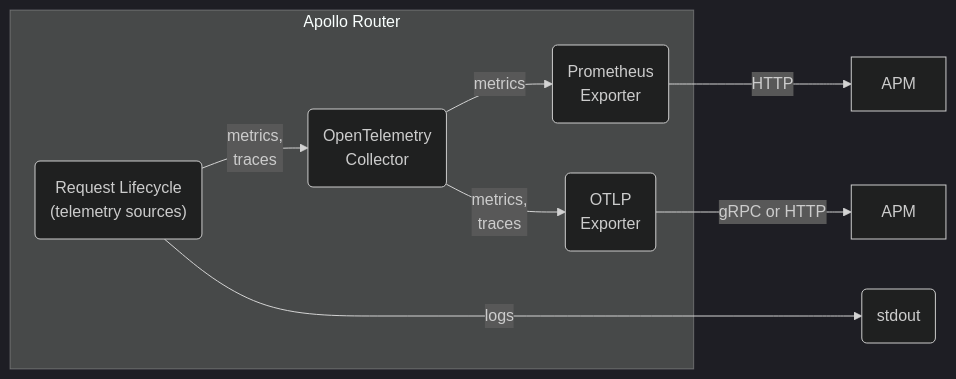
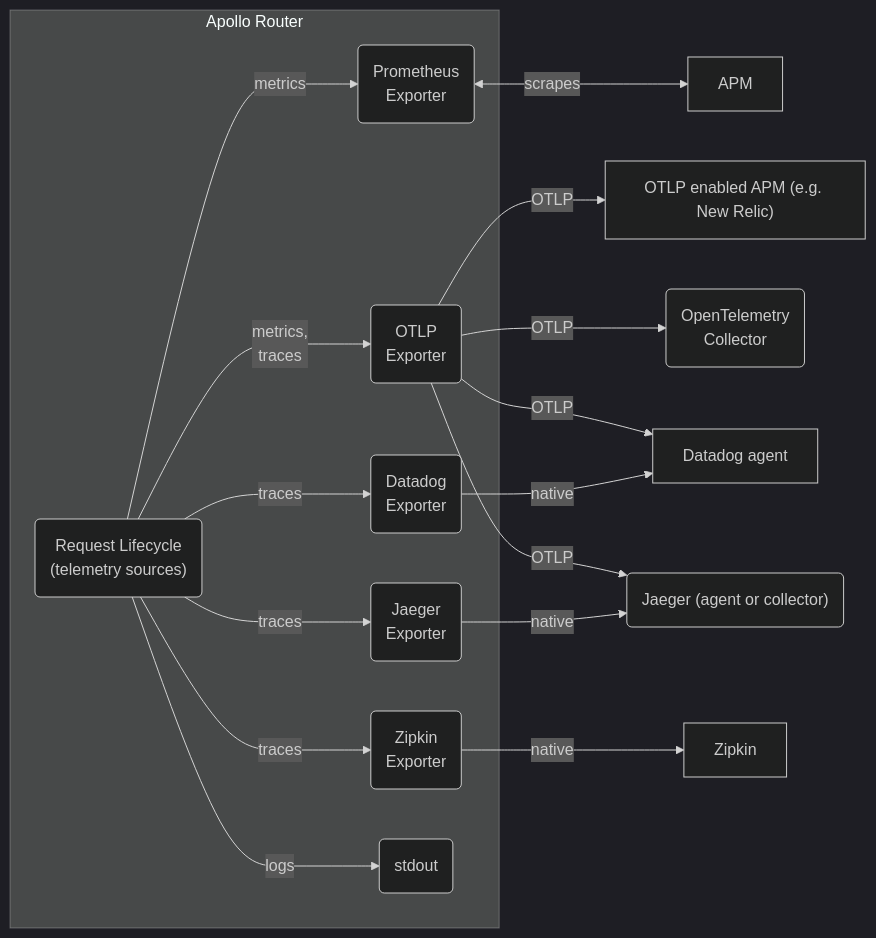
Before and after one commit to apollographql/router: the diagram in docs/source/configuration/telemetry/overview.mdx, drawn with Mermaid (dark theme).

Commit message:
Flowchart updated

````diff
--- a/docs/source/configuration/telemetry/overview.mdx
+++ b/docs/source/configuration/telemetry/overview.mdx
@@ -12,19 +12,38 @@
 ```mermaid
 flowchart LR
     subgraph Apollo Router
     lifecycle("Request Lifecycle<br/>(telemetry sources)")
-    collector("OpenTelemetry<br/>Collector")
-    prometheus(Prometheus<br/>Exporter)
-    otlp("OTLP<br/>Exporter")
-    lifecycle--"metrics,<br/>traces"-->collector
-    collector--"metrics"-->prometheus
-    collector--"metrics,<br/>traces"-->otlp
+    
+    prometheus_exporter(Prometheus<br/>Exporter)
+    otlp_exporter("OTLP<br/>Exporter")
+    datadog_exporter("Datadog<br/>Exporter")
+    jaeger_exporter("Jaeger<br/>Exporter")
+    zipkin_exporter("Zipkin<br/>Exporter")
+    terminal(stdout)
+    
+    lifecycle--"metrics"--->prometheus_exporter
+    lifecycle--"metrics,<br/>traces"--->otlp_exporter
+    lifecycle--"traces"--->zipkin_exporter
+    lifecycle--"traces"--->jaeger_exporter
+    lifecycle--"traces"--->datadog_exporter
+    lifecycle--"logs"--->terminal
     end
 
+    otlp_apm["OTLP enabled APM (e.g. New Relic)"]
+    zipkin[Zipkin]
+    datadog[Datadog agent]
     apm1[APM]
-    apm2[APM]
-    terminal(stdout)
-    prometheus--"HTTP"-->apm1
-    otlp--"gRPC or HTTP"-->apm2
-    lifecycle--"logs"---->terminal
+    collector("OpenTelemetry<br/>Collector")
+    jaeger("Jaeger (agent or collector)")
+
+    
+    otlp_exporter--"OTLP"-->otlp_apm
+    otlp_exporter--"OTLP"-->collector
+    otlp_exporter--"OTLP"-->datadog
+    otlp_exporter--"OTLP"-->jaeger
+    datadog_exporter--"native"-->datadog
+    jaeger_exporter--"native"-->jaeger
+    zipkin_exporter--"native"-->zipkin
+    prometheus_exporter<--"scrapes"-->apm1
+
 ```
````
